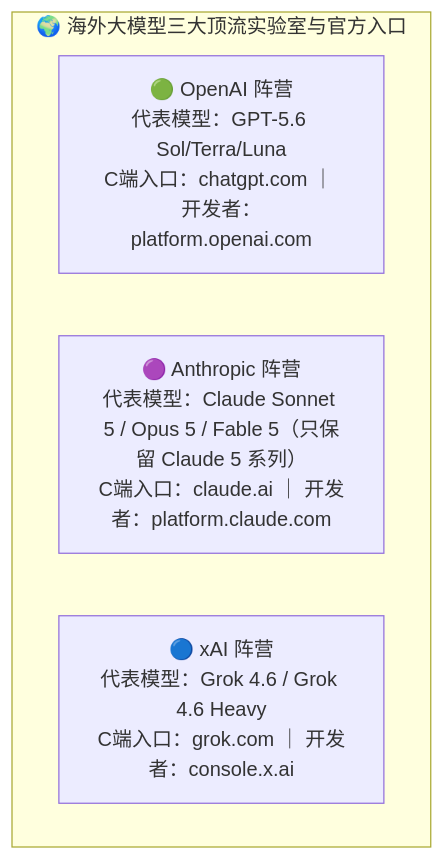
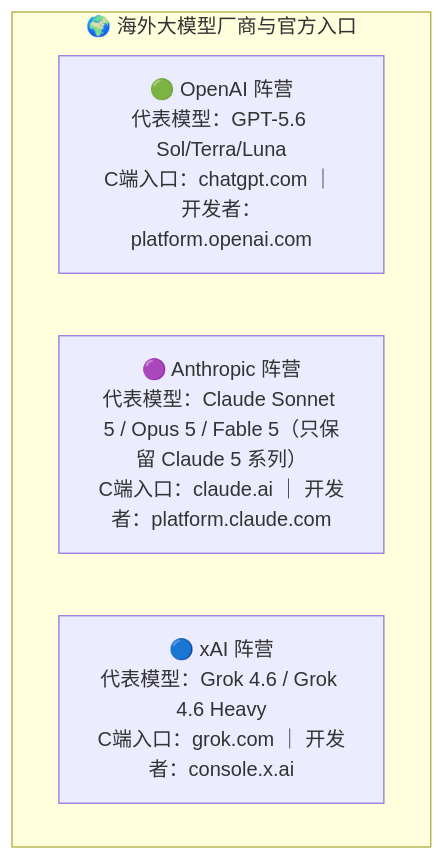
The first of 4 diagrams in 14_如何正确的使用agent工具/04_国外模型的使用方式.md (buffer121328/vibe-coding-and-agents), drawn with Mermaid before and after one commit. The commit also changed other lines of this file and 147 other files, not shown here.

````diff
--- a/14_如何正确的使用agent工具/04_国外模型的使用方式.md
+++ b/14_如何正确的使用agent工具/04_国外模型的使用方式.md
@@ -14,8 +14,8 @@
 ```mermaid
 flowchart TD
-    subgraph GlobalEcosystem ["🌍 海外大模型三大顶流实验室与官方入口"]
+    subgraph GlobalEcosystem ["🌍 海外大模型厂商与官方入口"]
         O["🟢 OpenAI 阵营<br/>代表模型：GPT-5.6 Sol/Terra/Luna<br/>C端入口：chatgpt.com ｜ 开发者：platform.openai.com"]
         A["🟣 Anthropic 阵营<br/>代表模型：Claude Sonnet 5 / Opus 5 / Fable 5（只保留 Claude 5 系列）<br/>C端入口：claude.ai ｜ 开发者：platform.claude.com"]
         X["🔵 xAI 阵营<br/>代表模型：Grok 4.6 / Grok 4.6 Heavy<br/>C端入口：grok.com ｜ 开发者：console.x.ai"]
     end
 ```
````
